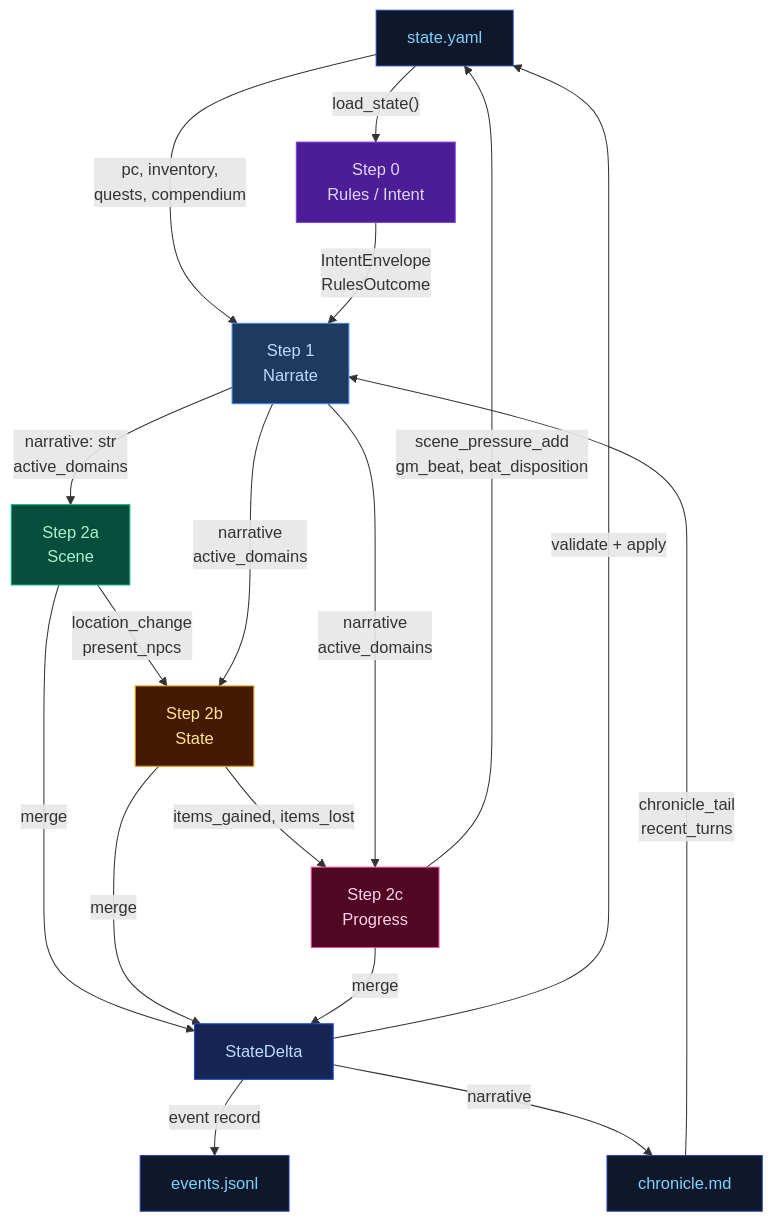
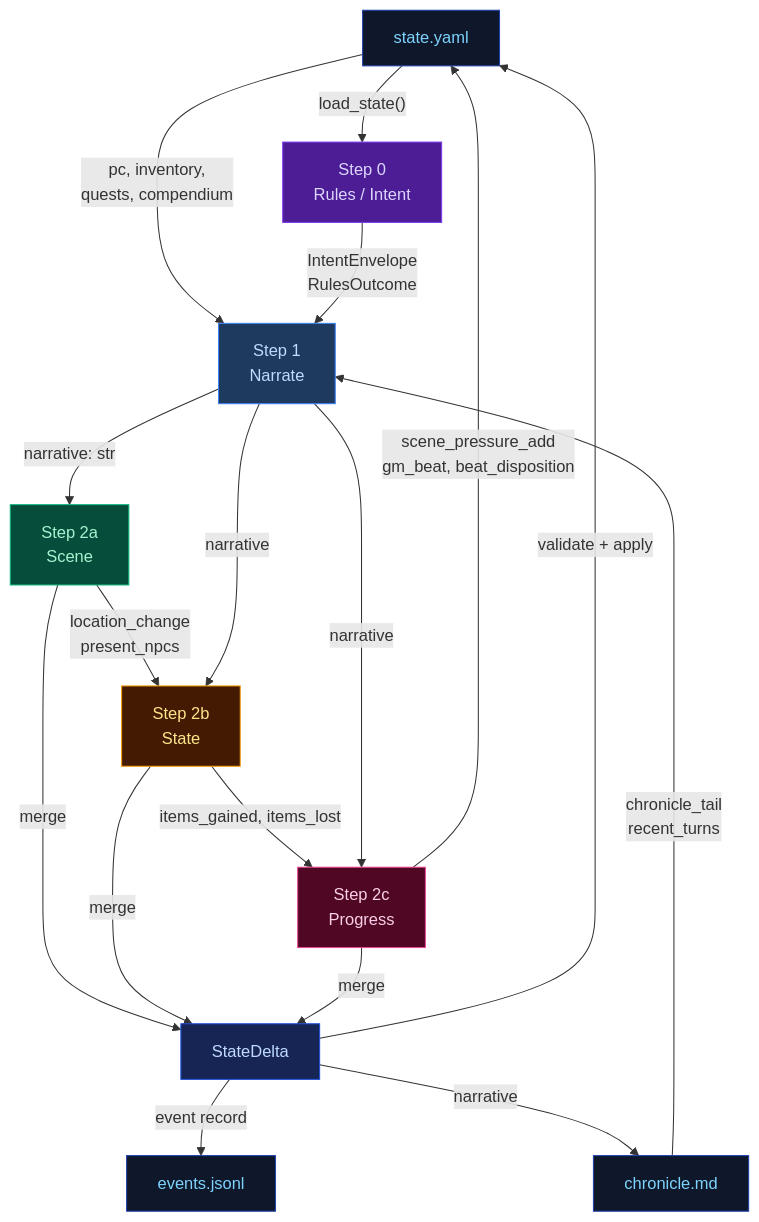
One commit to pww217/fablethread changed the ninth of 11 diagrams in docs/ARCHITECTURE.md. Above: the diagram before and after it, drawn with Mermaid. The commit also changed other lines of this file and 1 other file, not shown here.

````diff
--- a/docs/ARCHITECTURE.md
+++ b/docs/ARCHITECTURE.md
@@ -447,29 +411,29 @@
 ```mermaid
 flowchart TD
     classDef stageRules    fill:#4c1d95,color:#ddd6fe,stroke:#7c3aed
     classDef stageNarrate  fill:#1e3a5f,color:#bfdbfe,stroke:#3b82f6
     classDef stageScene    fill:#064e3b,color:#a7f3d0,stroke:#10b981
     classDef stageState    fill:#451a03,color:#fde68a,stroke:#f59e0b
     classDef stageProgress fill:#500724,color:#fbcfe8,stroke:#ec4899
     classDef storageNode   fill:#0f172a,color:#7dd3fc,stroke:#1e40af
     classDef mergeNode     fill:#172554,color:#bfdbfe,stroke:#1d4ed8
 
     STATE["state.yaml"]:::storageNode
     CHRONICLE["chronicle.md"]:::storageNode
     EVENTS["events.jsonl"]:::storageNode
 
     STATE -- "load_state()" --> STEP0["Step 0<br>Rules / Intent"]:::stageRules
     CHRONICLE -- "chronicle_tail<br>recent_turns" --> STEP1["Step 1<br>Narrate"]:::stageNarrate
     STATE -- "pc, inventory,<br>quests, compendium" --> STEP1
     STEP0 -- "IntentEnvelope<br>RulesOutcome" --> STEP1
-    STEP1 -- "narrative: str<br>active_domains" --> STEP2A["Step 2a<br>Scene"]:::stageScene
+    STEP1 -- "narrative: str" --> STEP2A["Step 2a<br>Scene"]:::stageScene
     STEP2A -- "location_change<br>present_npcs" --> STEP2B["Step 2b<br>State"]:::stageState
-    STEP1 -- "narrative<br>active_domains" --> STEP2B
+    STEP1 -- "narrative" --> STEP2B
     STEP2B -- "items_gained, items_lost" --> STEP2C["Step 2c<br>Progress"]:::stageProgress
-    STEP1 -- "narrative<br>active_domains" --> STEP2C
+    STEP1 -- "narrative" --> STEP2C
     STEP2A & STEP2B & STEP2C -- "merge" --> DELTA["StateDelta"]:::mergeNode
     DELTA -- "validate + apply" --> STATE
     DELTA -- "event record" --> EVENTS
     DELTA -- "narrative" --> CHRONICLE
     STEP2C -- "scene_pressure_add<br>gm_beat, beat_disposition" --> STATE
 ```
````
